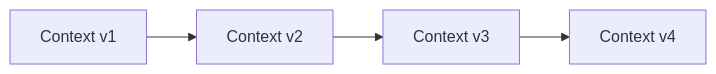
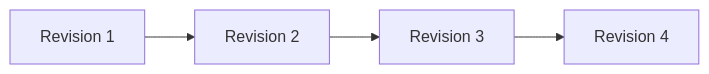
The third of 6 diagrams in specifications/concepts/CONCEPT-0003-Context-Model.md (RodLoz/orion), drawn with Mermaid before and after one commit. The commit also changed other lines of this file and 28 other files, not shown here.

Commit message:
docs: finalize architectural foundation v1.0

````diff
--- a/specifications/concepts/CONCEPT-0003-Context-Model.md
+++ b/specifications/concepts/CONCEPT-0003-Context-Model.md
@@ -1020,11 +987,11 @@
 ```mermaid
 graph LR
 
-C1[Context v1]
+C1[Revision 1]
 
-C1 --> C2[Context v2]
+C1 --> C2[Revision 2]
 
-C2 --> C3[Context v3]
+C2 --> C3[Revision 3]
 
-C3 --> C4[Context v4]
+C3 --> C4[Revision 4]
 ```
````
